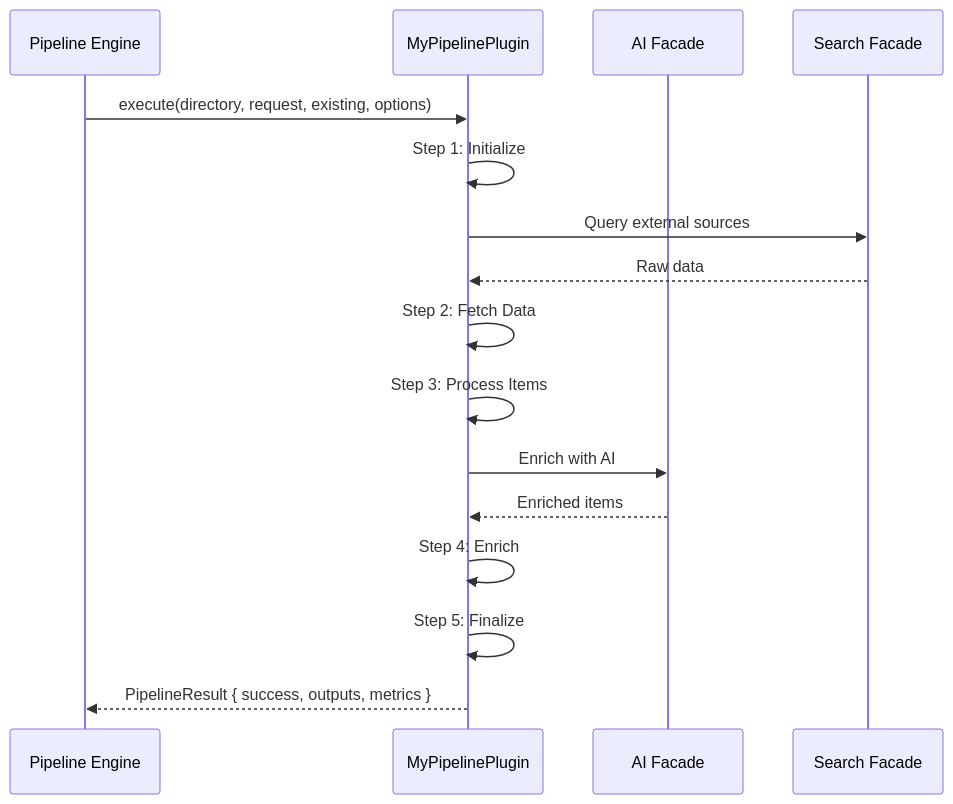
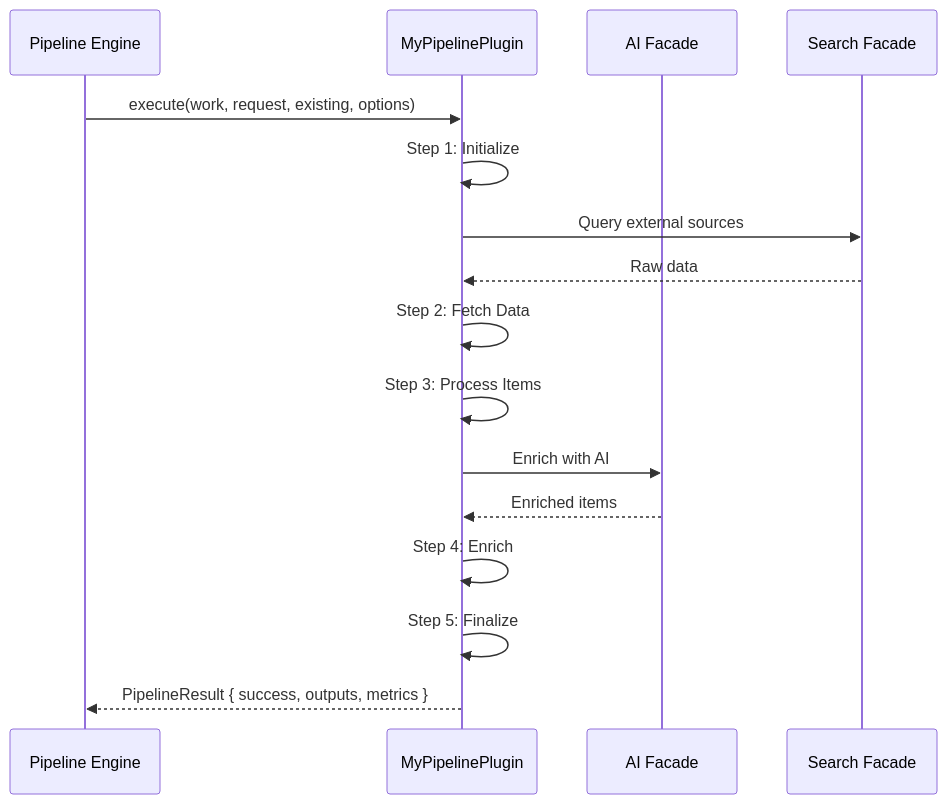
One commit to ever-works/ever-works changed the second of 4 diagrams in docs/plugin-system/creating-pipeline-plugin.md. Above: the diagram before and after it, drawn with Mermaid. The commit also changed other lines of this file and 395 other files, not shown here.

````diff
--- a/docs/plugin-system/creating-pipeline-plugin.md
+++ b/docs/plugin-system/creating-pipeline-plugin.md
@@ -487,19 +487,19 @@
 ```mermaid
 sequenceDiagram
     participant Engine as Pipeline Engine
     participant Plugin as MyPipelinePlugin
     participant AI as AI Facade
     participant Search as Search Facade
 
-    Engine->>Plugin: execute(directory, request, existing, options)
+    Engine->>Plugin: execute(work, request, existing, options)
     Plugin->>Plugin: Step 1: Initialize
     Plugin->>Search: Query external sources
     Search-->>Plugin: Raw data
     Plugin->>Plugin: Step 2: Fetch Data
     Plugin->>Plugin: Step 3: Process Items
     Plugin->>AI: Enrich with AI
     AI-->>Plugin: Enriched items
     Plugin->>Plugin: Step 4: Enrich
     Plugin->>Plugin: Step 5: Finalize
     Plugin-->>Engine: PipelineResult { success, outputs, metrics }
 ```
````
